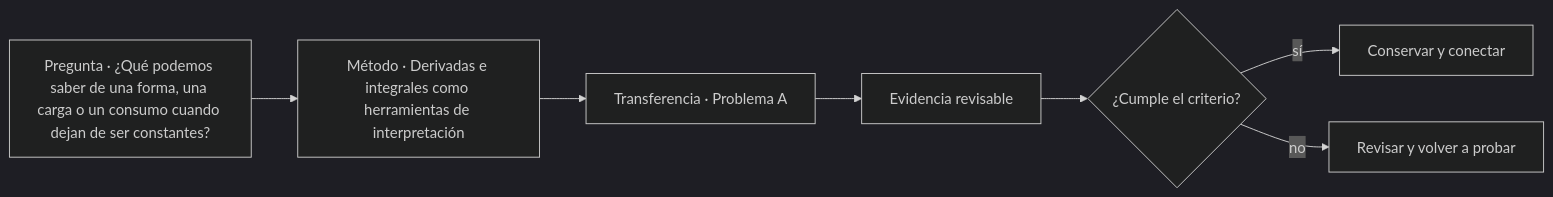
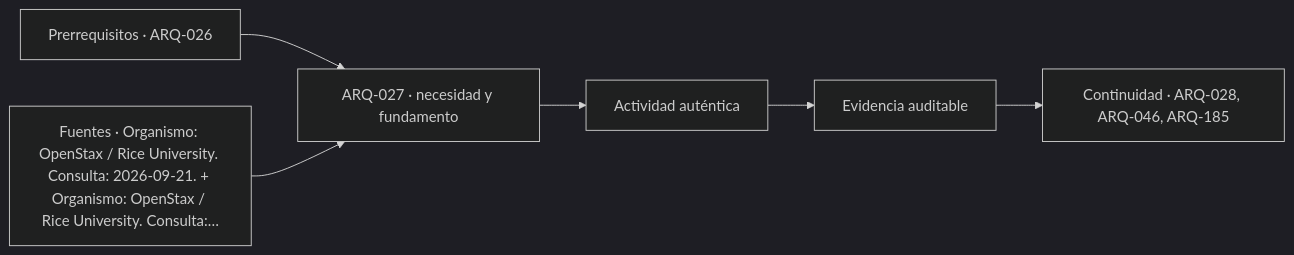
The diagram in classes/parte-03/ARQ-027.md (vladimiracunadev-create/architecture-built-environment-learning-program), drawn with Mermaid (dark theme) before and after one commit. The commit also changed other lines of this file and 761 other files, not shown here.

````diff
--- a/classes/parte-03/ARQ-027.md
+++ b/classes/parte-03/ARQ-027.md
@@ -130,9 +142,8 @@
 ```mermaid
 flowchart LR
-    Q["Pregunta · ¿Qué podemos saber de una forma, una carga o un consumo cuando dejan de ser constantes?"] --> M["Método · Derivadas e integrales como herramientas de interpretación"]
-    M --> P["Transferencia · Problema A"]
-    P --> E["Evidencia revisable"]
-    E --> C{"¿Cumple el criterio?"}
-    C -->|sí| T["Conservar y conectar"]
-    C -->|no| R["Revisar y volver a probar"]
+    A["Prerrequisitos · ARQ-026"] --> B["ARQ-027 · necesidad y fundamento"]
+    S["Fuentes · Organismo: OpenStax / Rice University. Consulta: 2026-09-21. + Organismo: OpenStax / Rice University. Consulta:…"] --> B
+    B --> C["Actividad auténtica"]
+    C --> D["Evidencia auditable"]
+    D --> E["Continuidad · ARQ-028, ARQ-046, ARQ-185"]
 ```
````
